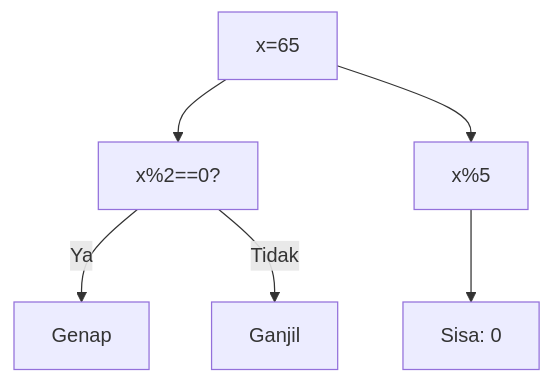
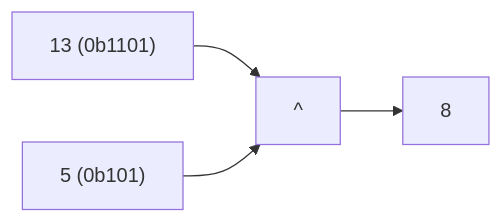
Before and after one commit to amnahwaida/OSNK_INF_PREP: the eighth of 25 diagrams in part-c-pemahaman-cpp/06-bitwise/latihan/set-09.md, drawn with Mermaid. The commit also changed other lines of this file and 71 other files, not shown here.

````diff
--- a/part-c-pemahaman-cpp/06-bitwise/latihan/set-09.md
+++ b/part-c-pemahaman-cpp/06-bitwise/latihan/set-09.md
@@ -146,8 +207,6 @@
 ```mermaid
-graph TD
-A["x=65"] --> B["x%2==0?"]
-B -- Ya --> C["Genap"]
-B -- Tidak --> D["Ganjil"]
-A --> E["x%5"]
-E --> F["Sisa: 0"]
+graph LR
+A["13 (0b1101)"] --> C["^"]
+B["5 (0b101)"] --> C
+C --> D["8"]
 ```
````
